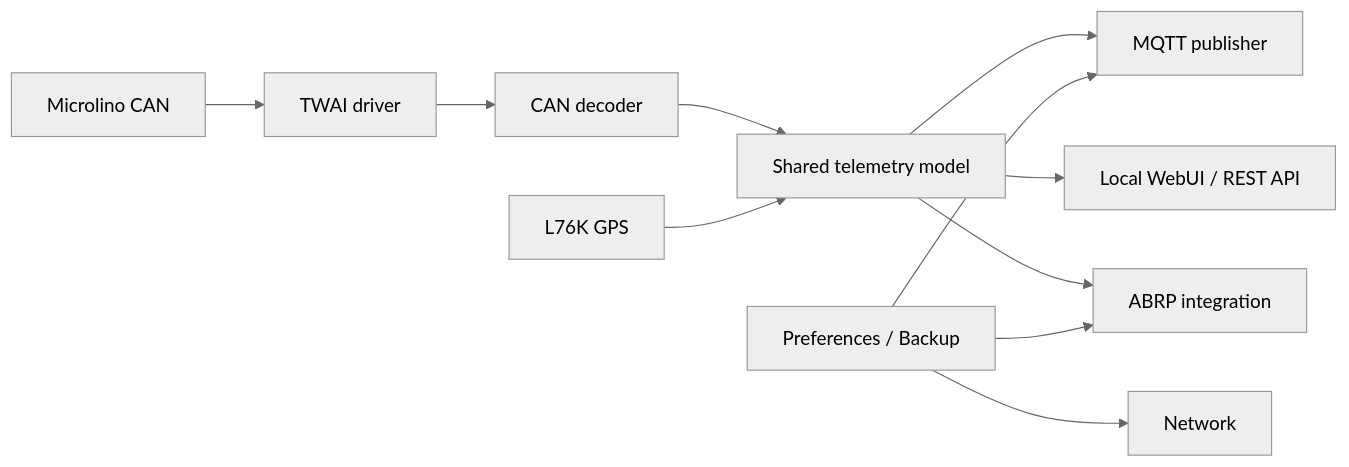
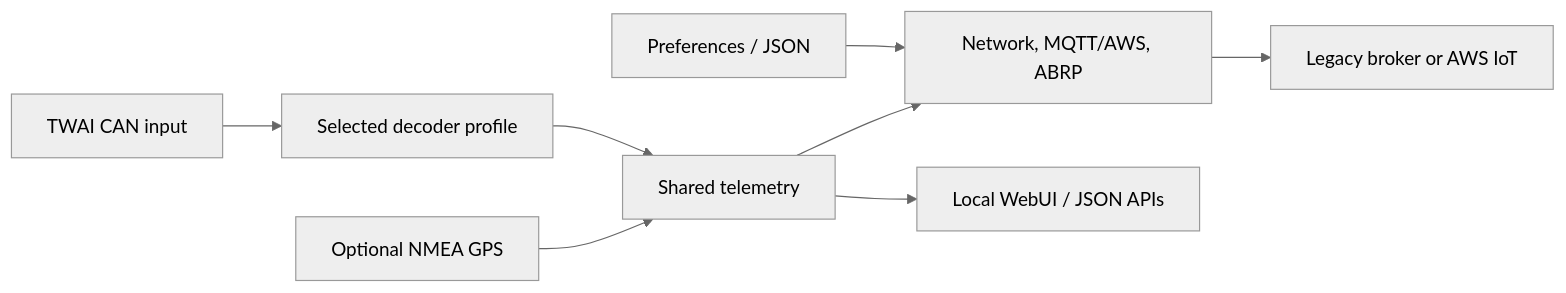
The diagram in docs/firmware/overview.md (MM1834/microlino-open-telemetry), drawn with Mermaid (neutral theme) before and after one commit. The commit also changed other lines of this file and 20 other files, not shown here.

````diff
--- a/docs/firmware/overview.md
+++ b/docs/firmware/overview.md
@@ -28,13 +53,9 @@
 ```mermaid
 flowchart LR
-    Vehicle[Microlino CAN] --> TWAI[TWAI driver]
-    TWAI --> Decoder[CAN decoder]
-    Decoder --> Telemetry[Shared telemetry model]
-    GPS[L76K GPS] --> Telemetry
-    Telemetry --> MQTT[MQTT publisher]
-    Telemetry --> WebUI[Local WebUI / REST API]
-    Telemetry --> ABRP[ABRP integration]
-    Config[Preferences / Backup] --> Network
-    Config --> MQTT
-    Config --> ABRP
+    CAN["TWAI CAN input"] --> Decoder["Selected decoder profile"] --> Telemetry["Shared telemetry"]
+    GPS["Optional NMEA GPS"] --> Telemetry
+    Config["Preferences / JSON"] --> Services["Network, MQTT/AWS, ABRP"]
+    Telemetry --> Services
+    Telemetry --> Local["Local WebUI / JSON APIs"]
+    Services --> Cloud["Legacy broker or AWS IoT"]
 ```
````
